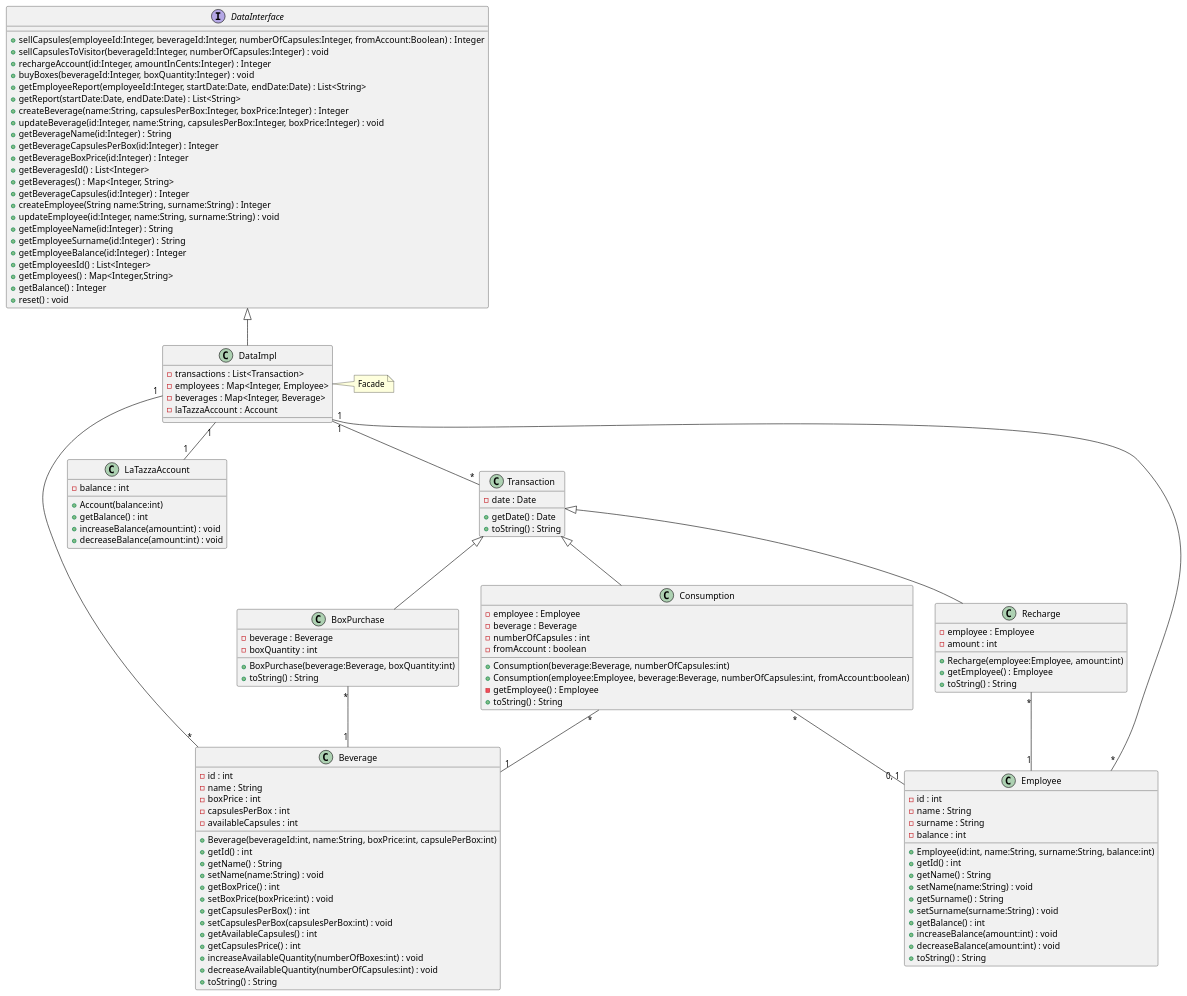
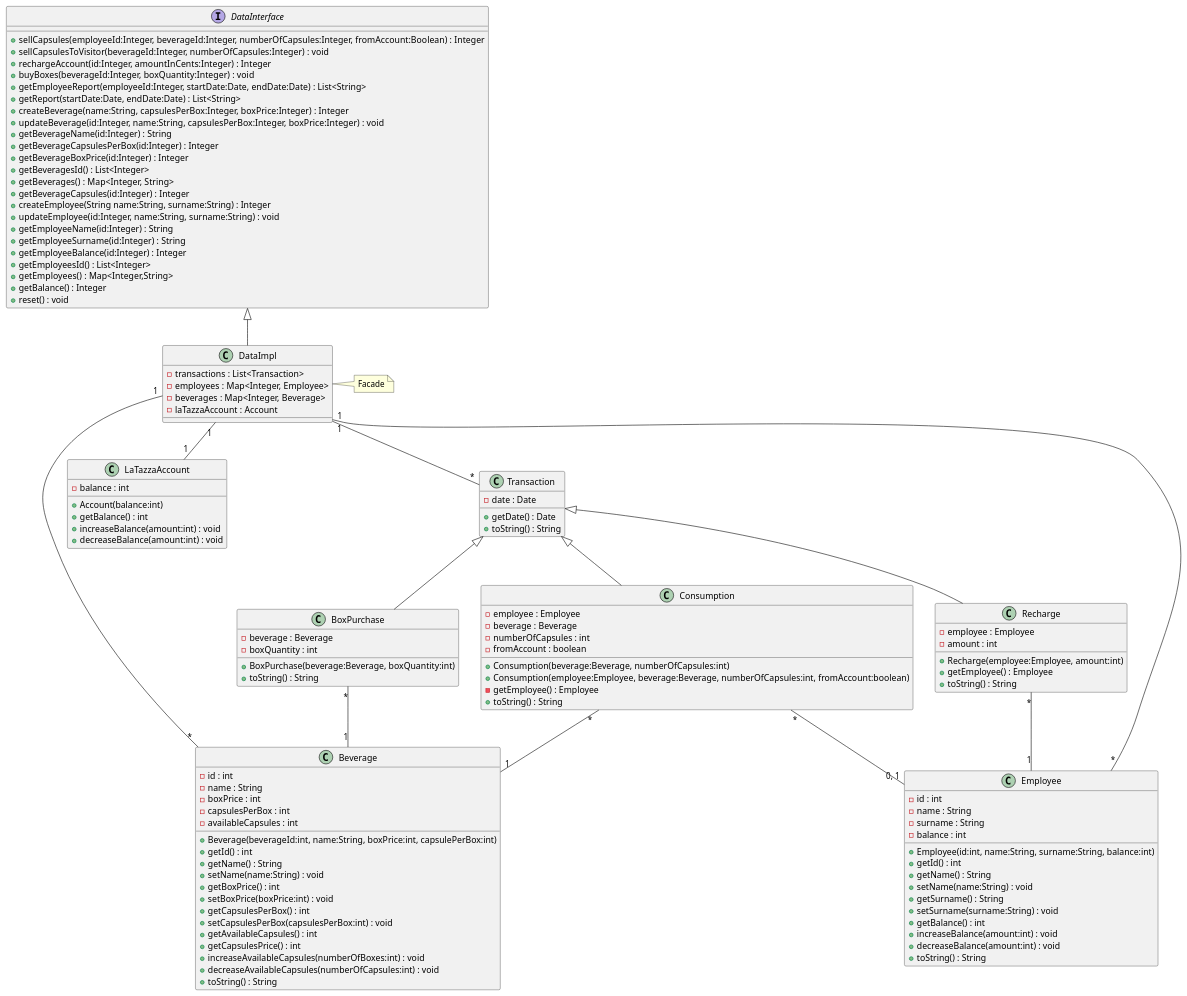
One commit to eloparco/LaTazza changed the third of 6 diagrams in design_document.md. Above: the diagram before and after it, drawn with PlantUML. The commit also changed other lines of this file, not shown here.

Commit message:
add verification sequence diagrams

```diff
--- a/design_document.md
+++ b/design_document.md
@@ -121,8 +121,8 @@
 Beverage : +setCapsulesPerBox(capsulesPerBox:int) : void
 Beverage : +getAvailableCapsules() : int
 Beverage : +getCapsulesPrice() : int
-Beverage : +increaseAvailableQuantity(numberOfBoxes:int) : void
-Beverage : +decreaseAvailableQuantity(numberOfCapsules:int) : void
+Beverage : +increaseAvailableCapsules(numberOfBoxes:int) : void
+Beverage : +decreaseAvailableCapsules(numberOfCapsules:int) : void
 Beverage : +toString() : String
 
 LaTazzaAccount : -balance : int
```
